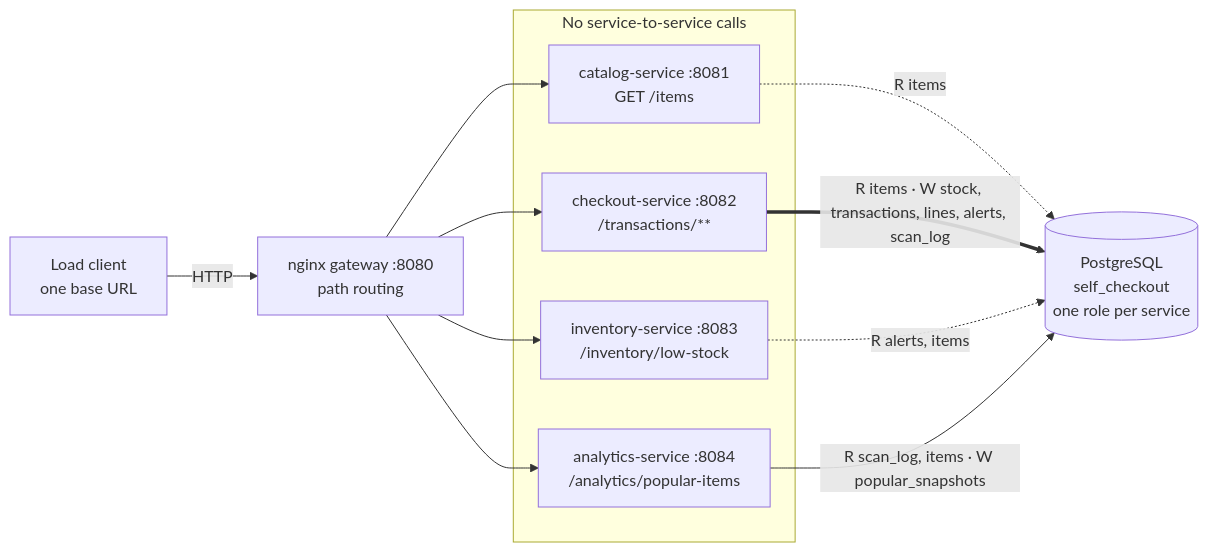
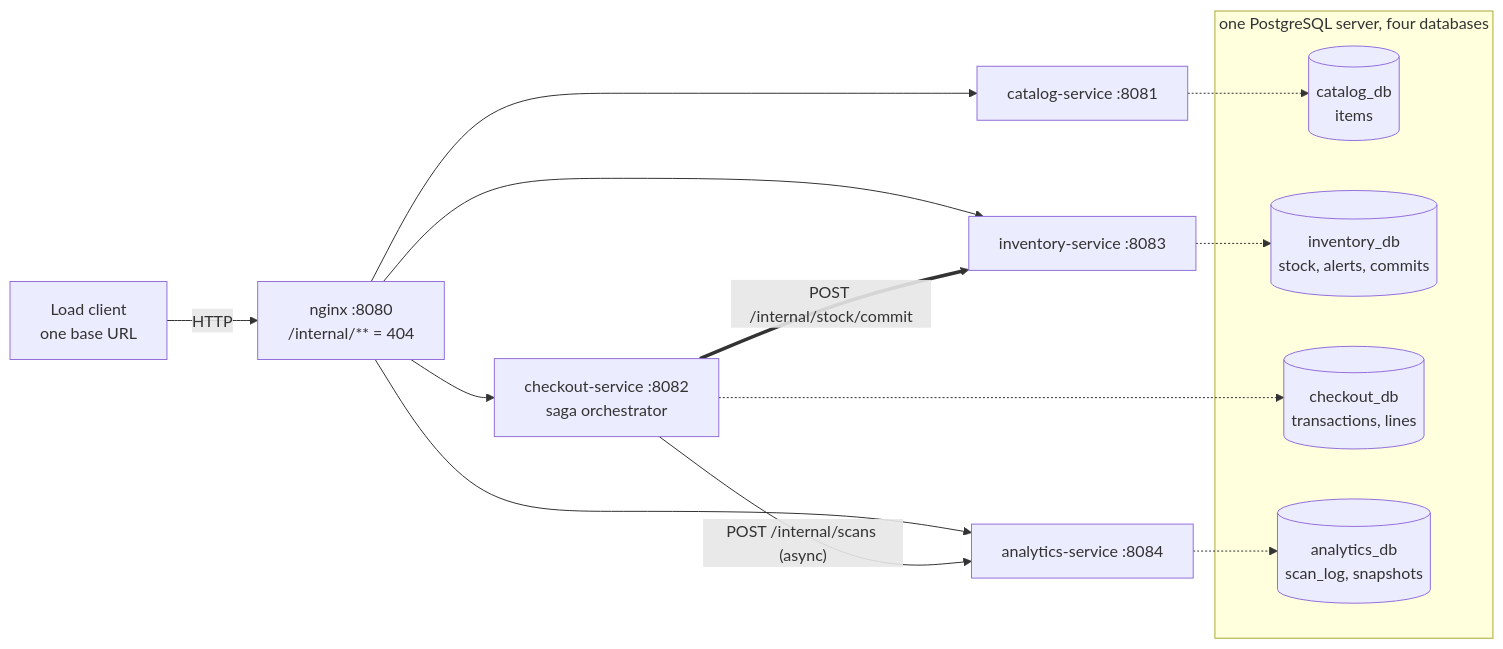
One commit to Vatsalya2003/self_checkout_system changed the first of 3 diagrams in README.md. Above: the diagram before and after it, drawn with Mermaid. The commit also changed other lines of this file and 21 other files, not shown here.

Commit message:
Document the Week 5 microservices: MICROSERVICES.md, README, architecture and developer guide sections, and diagrams

````diff
--- a/README.md
+++ b/README.md
@@ -28,19 +30,20 @@
 ```mermaid
 flowchart LR
-    LC["Load client<br/>one base URL"] -->|HTTP| GW["nginx gateway :8080<br/>path routing"]
-    subgraph SVC["No service-to-service calls"]
-        CA["catalog-service :8081<br/>GET /items"]
-        CO["checkout-service :8082<br/>/transactions/**"]
-        IN["inventory-service :8083<br/>/inventory/low-stock"]
-        AN["analytics-service :8084<br/>/analytics/popular-items"]
+    LC["Load client<br/>one base URL"] -->|HTTP| GW["nginx :8080<br/>/internal/** = 404"]
+    GW --> CA["catalog-service :8081"]
+    GW --> IN["inventory-service :8083"]
+    GW --> CO["checkout-service :8082<br/>saga orchestrator"]
+    GW --> AN["analytics-service :8084"]
+    CO ==>|"POST /internal/stock/commit"| IN
+    CO -->|"POST /internal/scans (async)"| AN
+    subgraph PG["one PostgreSQL server, four databases"]
+        CAD[("catalog_db<br/>items")]
+        IND[("inventory_db<br/>stock, alerts, commits")]
+        COD[("checkout_db<br/>transactions, lines")]
+        AND[("analytics_db<br/>scan_log, snapshots")]
     end
-    GW --> CA
-    GW --> CO
-    GW --> IN
-    GW --> AN
-    DB[("PostgreSQL<br/>self_checkout<br/>one role per service")]
-    CA -.->|"R items"| DB
-    CO ==>|"R items · W stock, transactions, lines, alerts, scan_log"| DB
-    IN -.->|"R alerts, items"| DB
-    AN -->|"R scan_log, items · W popular_snapshots"| DB
+    CA -.-> CAD
+    IN -.-> IND
+    CO -.-> COD
+    AN -.-> AND
 ```
````
